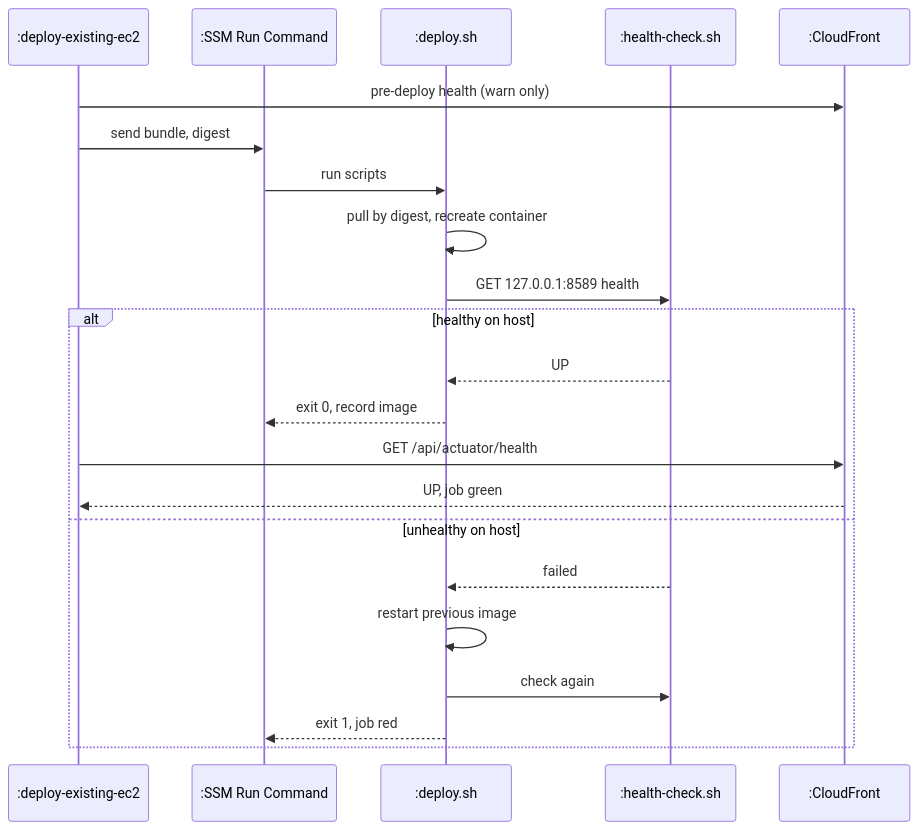
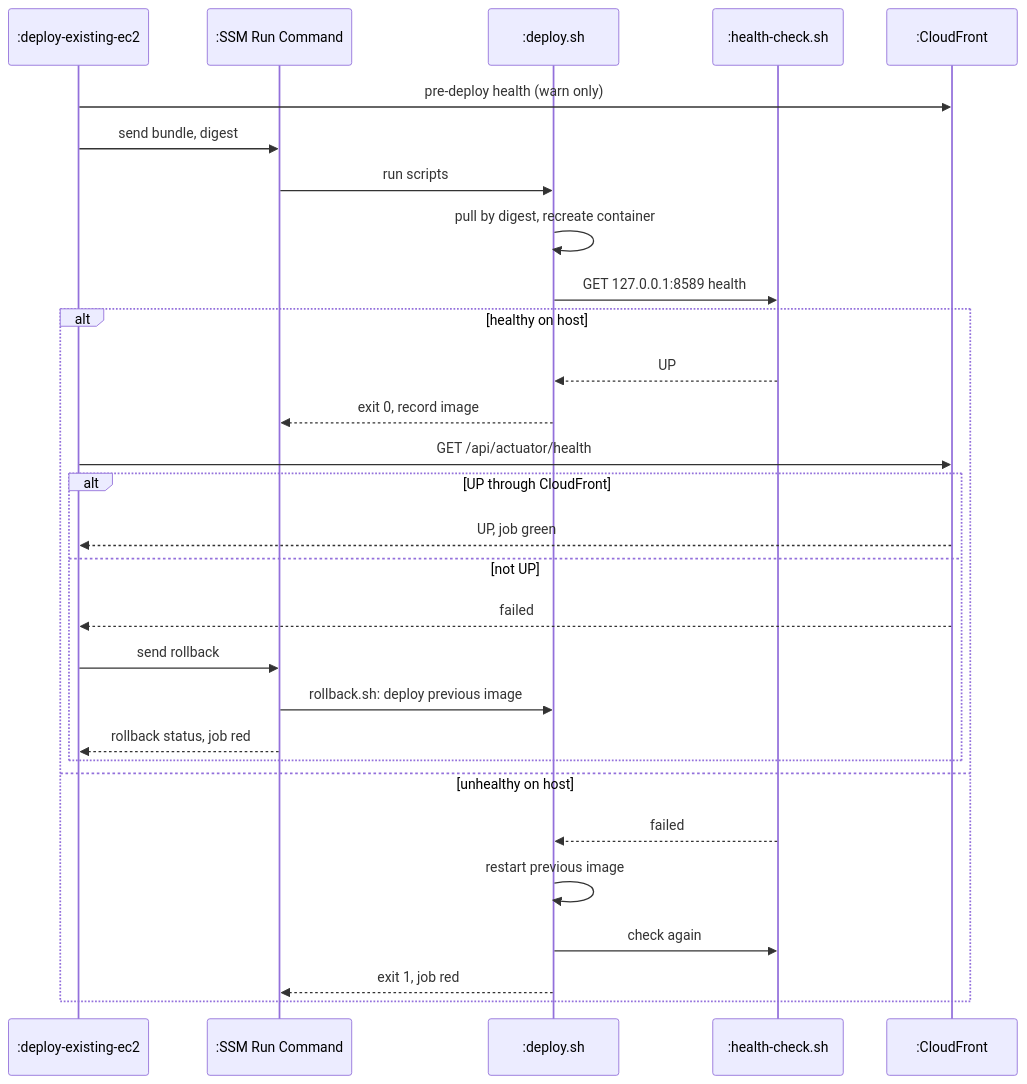
Before and after one commit to PPsyrius/iss-groupbuy-team8: the diagram in docs/swe5006/report/sections/04-devsecops.md, drawn with Mermaid. The commit also changed other lines of this file, not shown here.

Commit message:
docs(report): draw the CloudFront-failure rollback in Figure 4.2 (#463) [owner: Pan]
Section 4.3 says the deploy action rolls back through SSM when the
public health check fails after a good host step, but Figure 4.2 drew
only the on-host failure. .github/actions/deploy-ec2/action.yml:
347-380@6d14e449 runs rollback.sh over SSM when verify-health fails,
and deployment/backend/bin/rollback.sh execs deploy.sh with the
previous image. The figure now nests that branch; caption adjusted.

Owner: Pan owns this section; changed directly, for their sign-off in review.
Evidence-skipped: sprint log entry is a separate commit at the end of this PR

````diff
--- a/docs/swe5006/report/sections/04-devsecops.md
+++ b/docs/swe5006/report/sections/04-devsecops.md
@@ -319,24 +319,31 @@
 ```mermaid
 sequenceDiagram
     participant Job as :deploy-existing-ec2
     participant Ssm as :SSM Run Command
     participant Host as :deploy.sh
     participant Check as :health-check.sh
     participant Edge as :CloudFront
     Job->>Edge: pre-deploy health (warn only)
     Job->>Ssm: send bundle, digest
     Ssm->>Host: run scripts
     Host->>Host: pull by digest, recreate container
     Host->>Check: GET 127.0.0.1:8589 health
     alt healthy on host
         Check-->>Host: UP
         Host-->>Ssm: exit 0, record image
         Job->>Edge: GET /api/actuator/health
-        Edge-->>Job: UP, job green
+        alt UP through CloudFront
+            Edge-->>Job: UP, job green
+        else not UP
+            Edge-->>Job: failed
+            Job->>Ssm: send rollback
+            Ssm->>Host: rollback.sh: deploy previous image
+            Ssm-->>Job: rollback status, job red
+        end
     else unhealthy on host
         Check-->>Host: failed
         Host->>Host: restart previous image
         Host->>Check: check again
         Host-->>Ssm: exit 1, job red
     end
 ```
````
